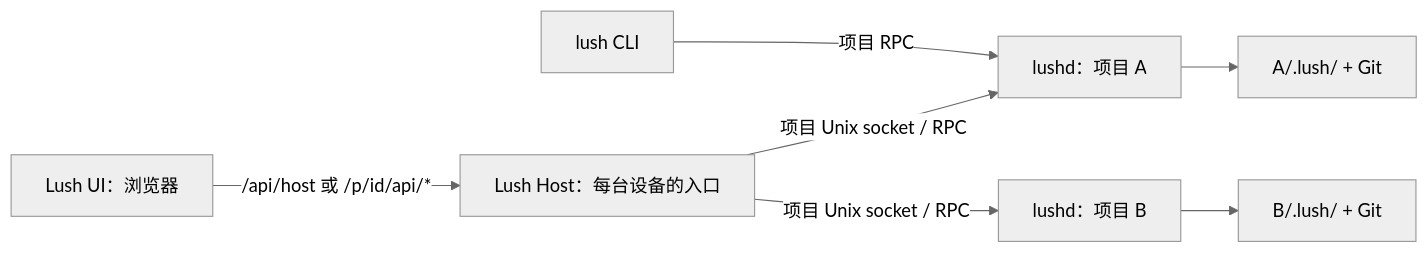
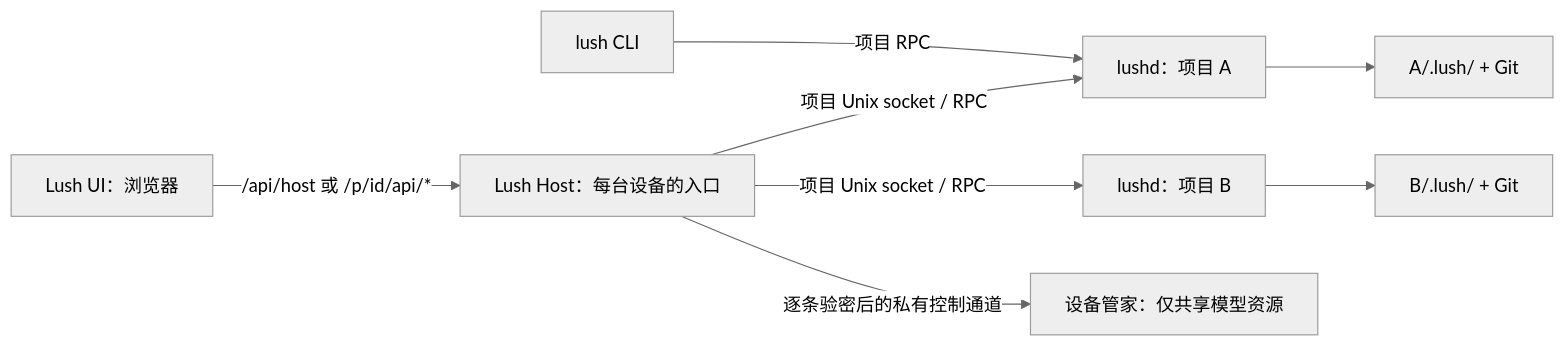
The diagram in docs/engineering/host-boundary.md (Loyage/lush), drawn with Mermaid (neutral theme) before and after one commit. The commit also changed other lines of this file and 59 other files, not shown here.

````diff
--- a/docs/engineering/host-boundary.md
+++ b/docs/engineering/host-boundary.md
@@ -3,9 +3,10 @@
 ```mermaid
 flowchart LR
   UI["Lush UI：浏览器"] -->|"/api/host 或 /p/id/api/*"| Host["Lush Host：每台设备的入口"]
   CLI["lush CLI"] -->|"项目 RPC"| D1
   Host -->|"项目 Unix socket / RPC"| D1["lushd：项目 A"]
   Host -->|"项目 Unix socket / RPC"| D2["lushd：项目 B"]
+  Host -->|"逐条验密后的私有控制通道"| DV["设备管家：仅共享模型资源"]
   D1 --> A["A/.lush/ + Git"]
   D2 --> B["B/.lush/ + Git"]
 ```
````
